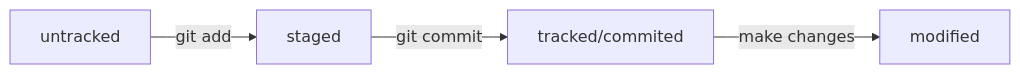
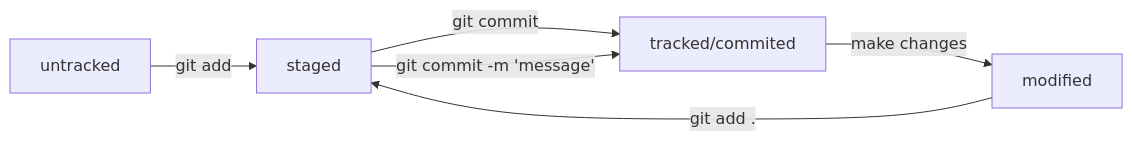
Before and after one commit to rayneadm/yapr: the first of 2 diagrams in README.md, drawn with Mermaid. The commit also changed other lines of this file, not shown here.

Commit message:
fix:Change schem mermaid 1

````diff
--- a/README.md
+++ b/README.md
@@ -154,7 +154,10 @@
 ```mermaid
 %% schem of git files life cycle 
 graph LR;
   untracked -- "git add" --> staged;
   staged    -- "git commit" --> tracked/commited;
   tracked/commited   -- "make changes"--> modified;
+  modified  -- "git add ." --> staged;
+  staged    -- "git commit -m 'message'" --> tracked/commited;
+
 ```
````
